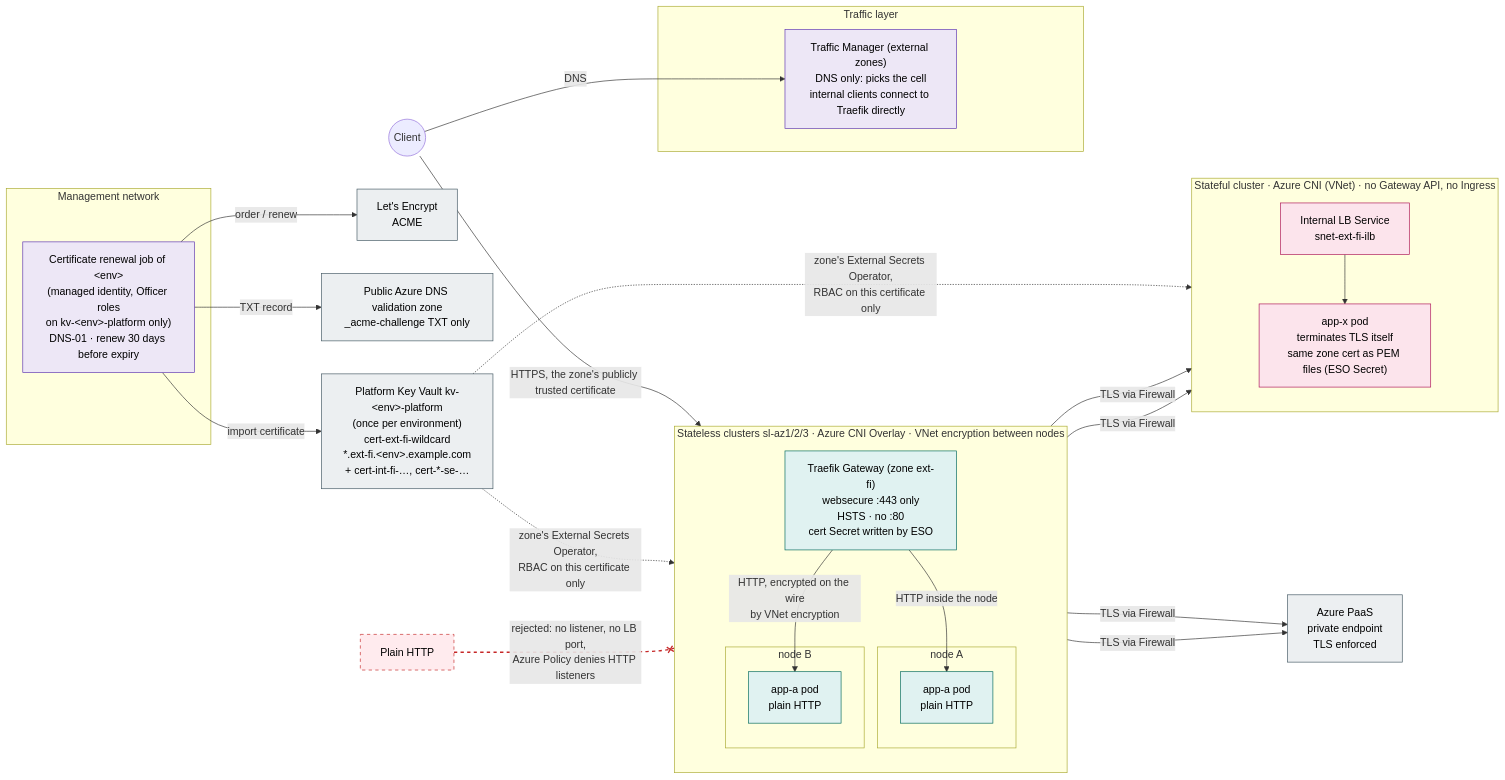
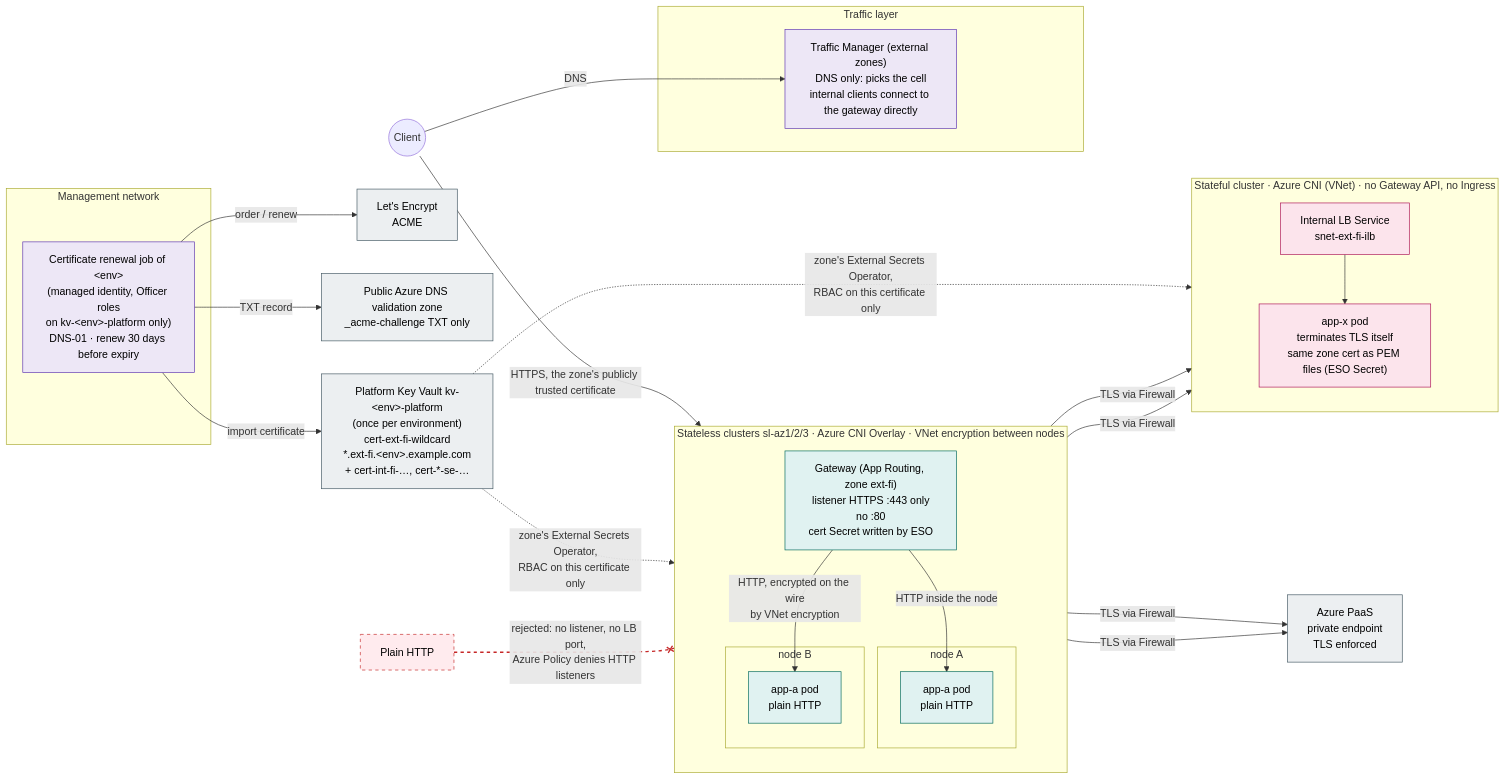
Before and after one commit to onek8s/onek8s.github.io: the diagram in diagrams/13-tls-encryption.mmd, drawn with Mermaid. The commit also changed 37 other files, not shown here.

First line of the commit message:
App Routing's Gateway API (approuting-istio) instead of Traefik (#25)

```diff
--- a/diagrams/13-tls-encryption.mmd
+++ b/diagrams/13-tls-encryption.mmd
@@ -1,63 +1,63 @@
-%% Encryption in transit. Stateless: TLS ends at the zone's Traefik gateway (Let's Encrypt certificate for an internal
+%% Encryption in transit. Stateless: TLS ends at the zone's gateway (App Routing) (Let's Encrypt certificate for an internal
 %% name), node-to-node traffic is protected by Azure VNet encryption, so apps need no TLS, mTLS or service mesh.
 %% Stateful: no Gateway API and no Ingress at all, the application terminates TLS on its own internal load balancer.
 %% Certificates are issued once per zone and environment by a job per environment into the environment's single platform
 %% Key Vault and shared by all clusters of that environment.
 flowchart LR
     client(("Client"))
 
     subgraph MGMT["Management network"]
         job["Certificate renewal job of &lt;env&gt;<br/>(managed identity, Officer roles<br/>on kv-&lt;env&gt;-platform only)<br/>DNS-01 · renew 30 days before expiry"]
     end
     le["Let's Encrypt<br/>ACME"]
     pubdns["Public Azure DNS validation zone<br/>_acme-challenge TXT only"]
     kv["Platform Key Vault kv-&lt;env&gt;-platform<br/>(once per environment)<br/>cert-ext-fi-wildcard<br/>*.ext-fi.&lt;env&gt;.example.com<br/>+ cert-int-fi-…, cert-*-se-…"]
 
     subgraph EDGE["Traffic layer"]
-        agw["Traffic Manager (external zones)<br/>DNS only: picks the cell<br/>internal clients connect to Traefik directly"]
+        agw["Traffic Manager (external zones)<br/>DNS only: picks the cell<br/>internal clients connect to the gateway directly"]
     end
 
     subgraph SL["Stateless clusters sl-az1/2/3 · Azure CNI Overlay · VNet encryption between nodes"]
         direction TB
-        tr["Traefik Gateway (zone ext-fi)<br/>websecure :443 only<br/>HSTS · no :80<br/>cert Secret written by ESO"]
+        tr["Gateway (App Routing, zone ext-fi)<br/>listener HTTPS :443 only<br/>no :80<br/>cert Secret written by ESO"]
         subgraph N1["node A"]
             app1["app-a pod<br/>plain HTTP"]
         end
         subgraph N2["node B"]
             app2["app-a pod<br/>plain HTTP"]
         end
     end
 
     subgraph SF["Stateful cluster · Azure CNI (VNet) · no Gateway API, no Ingress"]
         direction TB
         ilb["Internal LB Service<br/>snet-ext-fi-ilb"]
         db["app-x pod<br/>terminates TLS itself<br/>same zone cert as PEM files (ESO Secret)"]
     end
 
     paas["Azure PaaS<br/>private endpoint<br/>TLS enforced"]
     plain["Plain HTTP"]:::off
 
     client -->|"DNS"| agw
     client -->|"HTTPS, the zone's publicly trusted certificate"| tr
     tr -->|"HTTP inside the node"| app1
     tr -->|"HTTP, encrypted on the wire<br/>by VNet encryption"| app2
     app1 & app2 -->|"TLS via Firewall"| ilb --> db
     app1 & app2 -->|"TLS via Firewall"| paas
     job -->|"order / renew"| le
     job -->|"TXT record"| pubdns
     job -->|"import certificate"| kv
     kv -.->|"zone's External Secrets Operator,<br/>RBAC on this certificate only"| tr
     kv -.->|"zone's External Secrets Operator,<br/>RBAC on this certificate only"| db
     plain -.-x|"rejected: no listener, no LB port,<br/>Azure Policy denies HTTP listeners"| tr
 
     linkStyle 14 stroke:#c62828,stroke-width:2px,stroke-dasharray:5 5
 
     classDef hub fill:#ede7f6,stroke:#5e35b1,color:#000
     classDef sl fill:#e0f2f1,stroke:#00695c,color:#000
     classDef sf fill:#fce4ec,stroke:#ad1457,color:#000
     classDef paas fill:#eceff1,stroke:#455a64,color:#000
     classDef off fill:#ffebee,stroke:#c62828,color:#000,stroke-dasharray: 5 5
     class agw,job hub
     class tr,app1,app2 sl
     class ilb,db sf
     class paas,le,pubdns,kv paas
```
